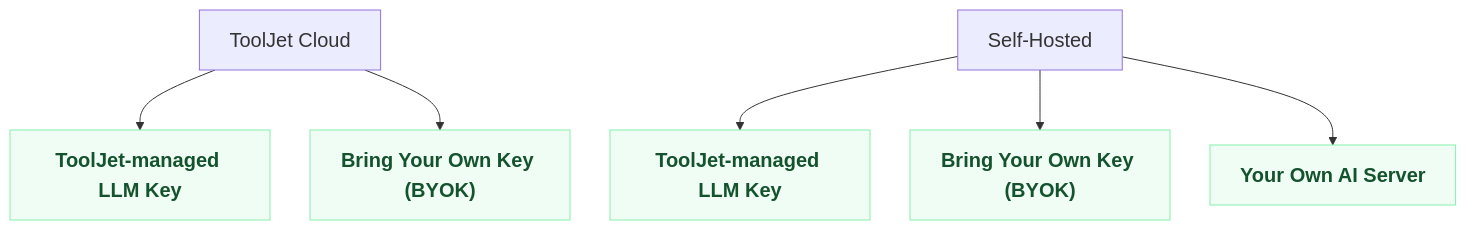
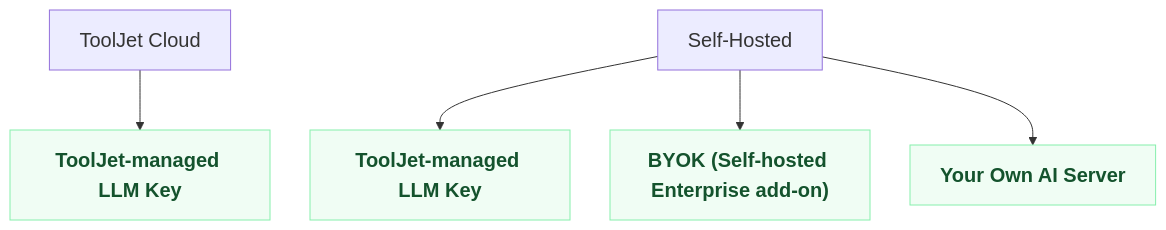
Before and after one commit to ToolJet/ToolJet: the second of 2 diagrams in docs/versioned_docs/version-3.16.0-LTS/setup/tooljet-ai/overview.mdx, drawn with Mermaid. The commit also changed other lines of this file and 7 other files, not shown here.

````diff
--- a/docs/versioned_docs/version-3.16.0-LTS/setup/tooljet-ai/overview.mdx
+++ b/docs/versioned_docs/version-3.16.0-LTS/setup/tooljet-ai/overview.mdx
@@ -151,22 +142,20 @@
 ```mermaid
 %%{init: {"flowchart": {"nodeSpacing": 40, "rankSpacing": 60}, "themeVariables": {"fontSize": "20px"}}}%%
 flowchart TD
     Cloud["ToolJet Cloud"]
     Self["Self-Hosted"]
 
     Cloud --> CloudKey["ToolJet-managed LLM Key"]
-    Cloud --> CloudBYOK["Bring Your Own Key (BYOK)"]
 
     Self --> SelfKey["ToolJet-managed LLM Key"]
-    Self --> SelfBYOK["Bring Your Own Key (BYOK)"]
+    Self --> SelfBYOK["BYOK (Self-hosted Enterprise add-on)"]
     Self --> SelfOwn["Your Own AI Server"]
 
     click CloudKey "/docs/setup/tooljet-ai/cloud-with-cloud" "Read the full setup guide"
-    click CloudBYOK "/docs/setup/tooljet-ai/bring-your-own-key" "Read the full setup guide"
     click SelfKey "/docs/setup/tooljet-ai/cloud-with-self-hosted" "Read the full setup guide"
     click SelfBYOK "/docs/setup/tooljet-ai/bring-your-own-key" "Read the full setup guide"
     click SelfOwn "/docs/setup/tooljet-ai/tj-ai-enterprise" "Read the full setup guide"
 
     classDef leaf fill:#f0fdf4,stroke:#86efac,color:#14532d,font-weight:600;
-    class CloudKey,CloudBYOK,SelfKey,SelfBYOK,SelfOwn leaf;
+    class CloudKey,SelfKey,SelfBYOK,SelfOwn leaf;
 ```
````
